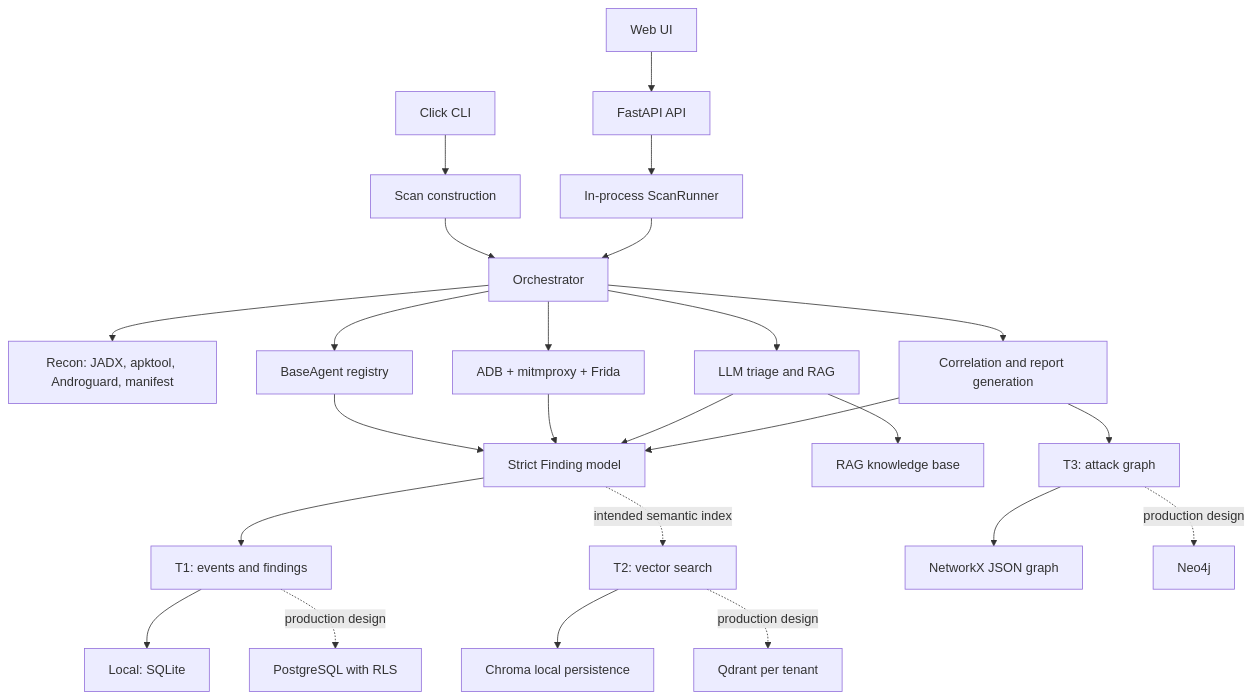
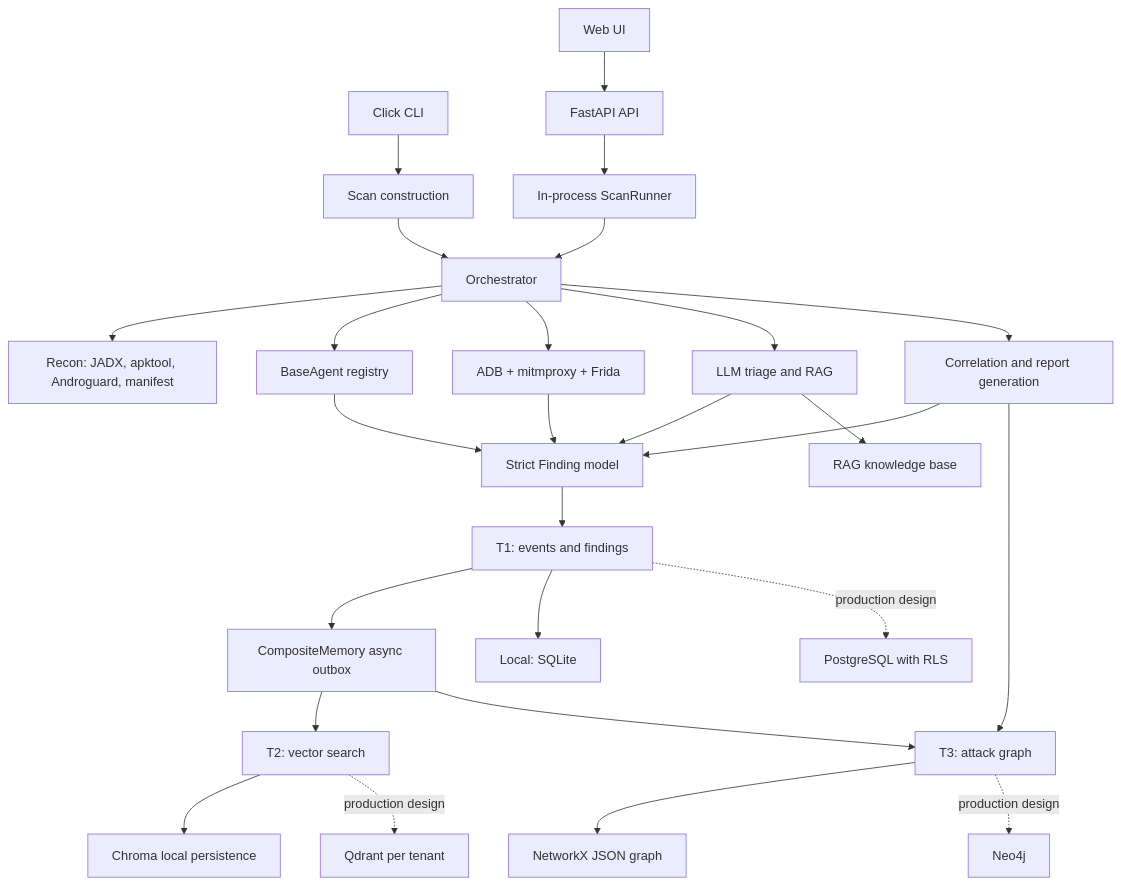
Before and after one commit to shambhu332/sentinel: the first of 6 diagrams in AllAboutSentinel.md, drawn with Mermaid. The commit also changed other lines of this file, not shown here.

Commit message:
Update SENTINEL architecture reference

````diff
--- a/AllAboutSentinel.md
+++ b/AllAboutSentinel.md
@@ -74,31 +77,33 @@
 ```mermaid
 flowchart TB
     CLI[Click CLI] --> Build[Scan construction]
     UI[Web UI] --> API[FastAPI API]
     API --> Runner[In-process ScanRunner]
     Build --> Orch[Orchestrator]
     Runner --> Orch
 
     Orch --> Recon[Recon: JADX, apktool, Androguard, manifest]
     Orch --> Agents[BaseAgent registry]
     Orch --> Dyn[ADB + mitmproxy + Frida]
     Orch --> Triage[LLM triage and RAG]
     Orch --> Corr[Correlation and report generation]
 
     Agents --> Finding[Strict Finding model]
     Dyn --> Finding
     Triage --> Finding
     Corr --> Finding
 
     Finding --> T1[T1: events and findings]
+    T1 --> Outbox[CompositeMemory async outbox]
     Triage --> RAG[RAG knowledge base]
     Corr --> T3[T3: attack graph]
-    Finding -. intended semantic index .-> T2[T2: vector search]
+    Outbox --> T2[T2: vector search]
+    Outbox --> T3
 
     T1 --> Local[Local: SQLite]
     T1 -. production design .-> PG[PostgreSQL with RLS]
     T2 --> Chroma[Chroma local persistence]
     T2 -. production design .-> Qdrant[Qdrant per tenant]
     T3 --> NX[NetworkX JSON graph]
     T3 -. production design .-> Neo4j[Neo4j]
 ```
````
